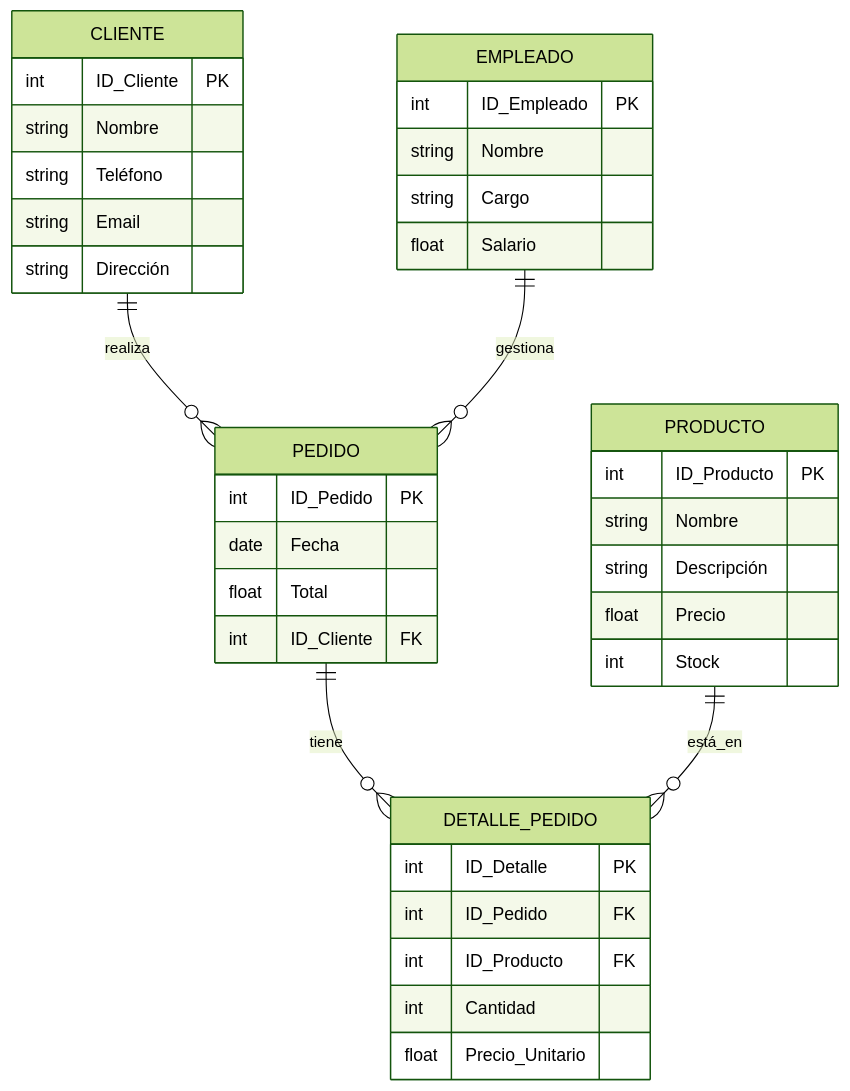
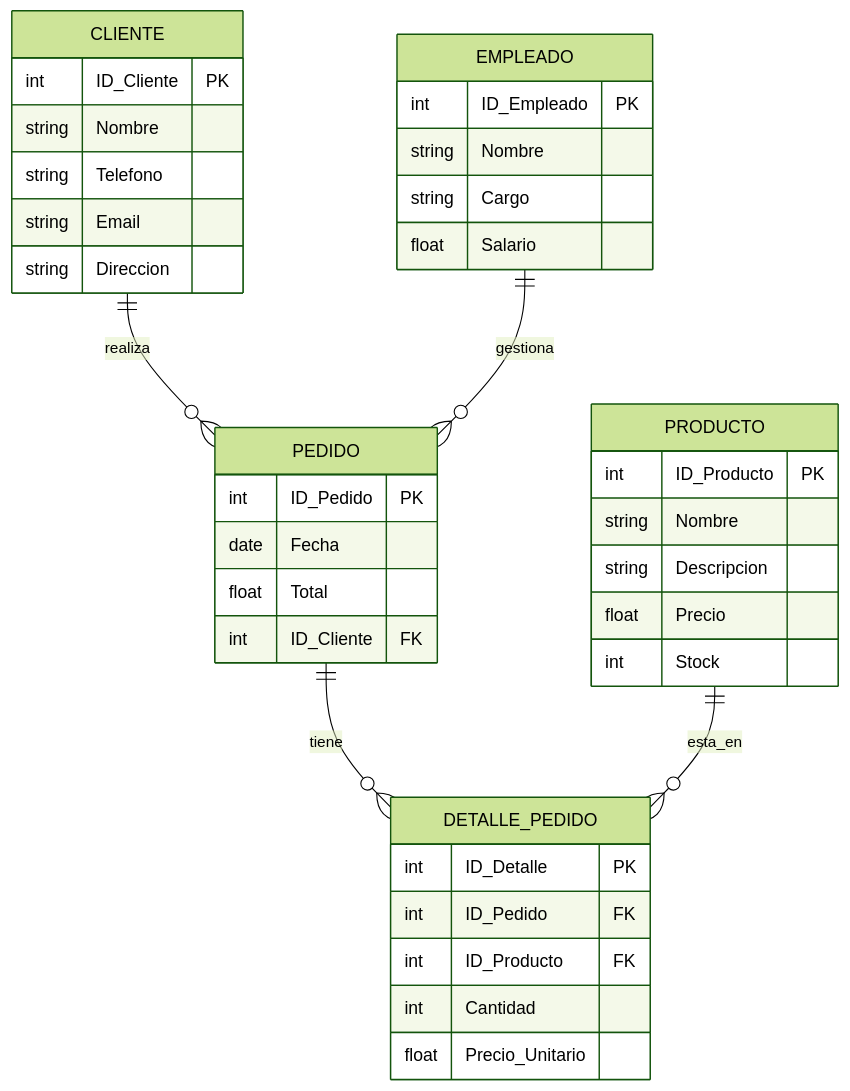
One commit to fedesantamarina/xxxxx changed the diagram in README.md. Above: the diagram before and after it, drawn with Mermaid (forest theme).

````diff
--- a/README.md
+++ b/README.md
@@ -2,45 +2,46 @@
 ```mermaid
 erDiagram
     CLIENTE {
         int ID_Cliente PK
         string Nombre
-        string Teléfono
+        string Telefono
         string Email
-        string Dirección
+        string Direccion
     }
     
     PRODUCTO {
         int ID_Producto PK
         string Nombre
-        string Descripción
+        string Descripcion
         float Precio
         int Stock
     }
     
     PEDIDO {
         int ID_Pedido PK
         date Fecha
         float Total
         int ID_Cliente FK
     }
     
     DETALLE_PEDIDO {
         int ID_Detalle PK
         int ID_Pedido FK
         int ID_Producto FK
         int Cantidad
         float Precio_Unitario
     }
     
     EMPLEADO {
         int ID_Empleado PK
         string Nombre
         string Cargo
         float Salario
     }
     
     CLIENTE ||--o{ PEDIDO : realiza
     PEDIDO ||--o{ DETALLE_PEDIDO : tiene
-    PRODUCTO ||--o{ DETALLE_PEDIDO : está_en
+    PRODUCTO ||--o{ DETALLE_PEDIDO : esta_en
     EMPLEADO ||--o{ PEDIDO : gestiona
+
 ```
````
